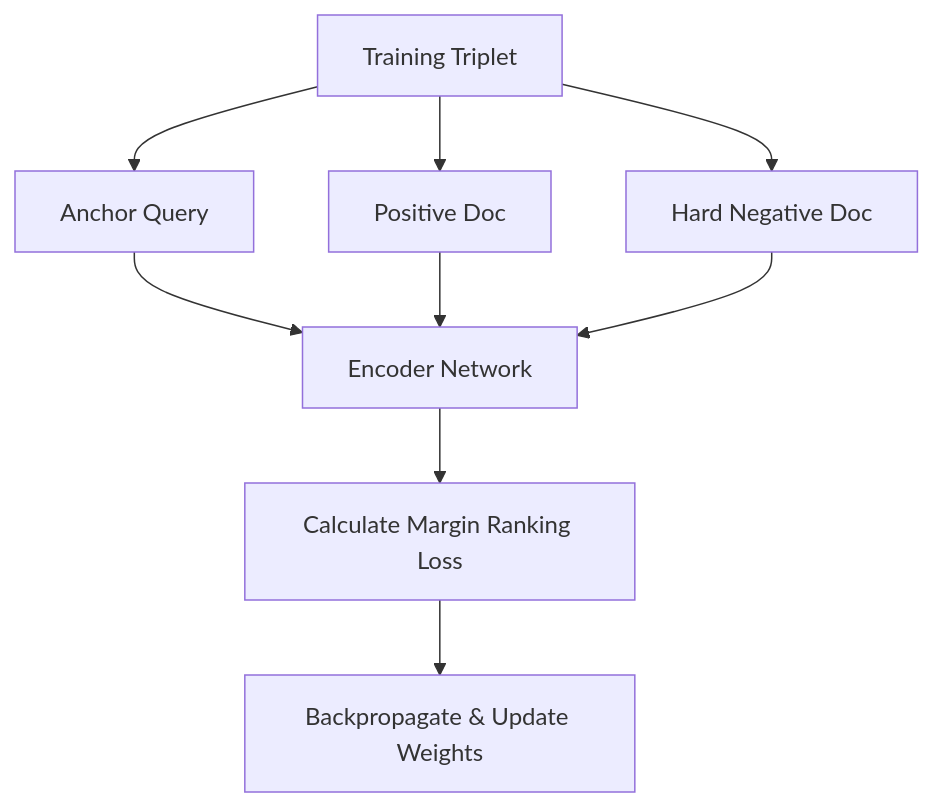
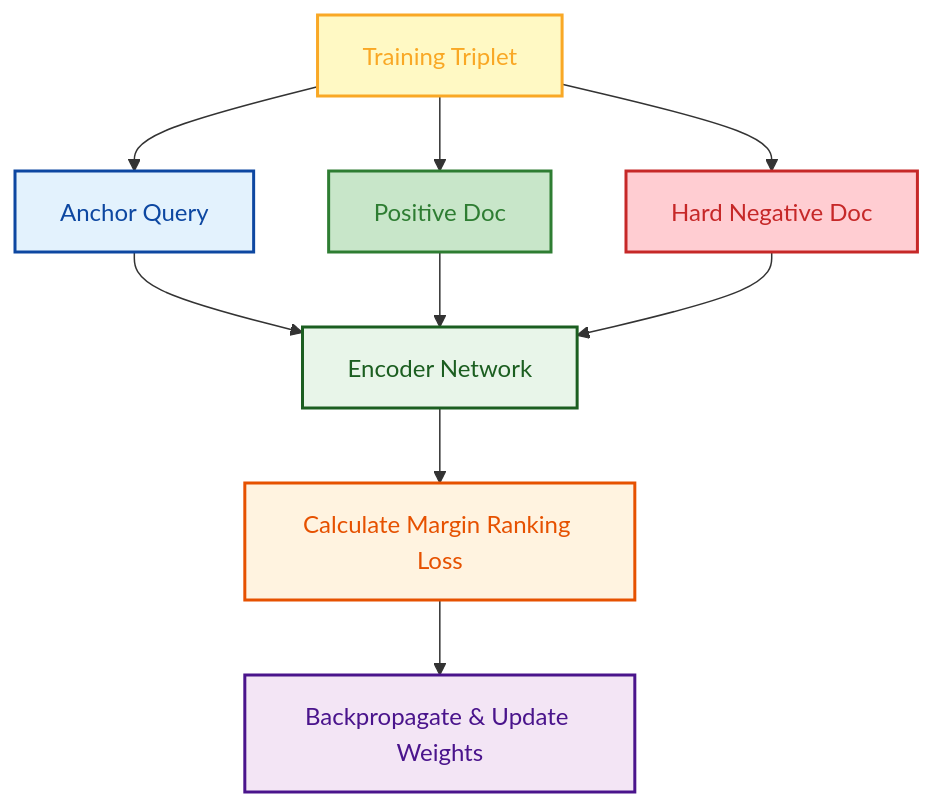
One commit to GyanendraChaubey/AI-Engineering-Notes changed the third of 3 diagrams in docs/04-embeddings/README.md. Above: the diagram before and after it, drawn with Mermaid. The commit also changed other lines of this file and 15 other files, not shown here.

Commit message:
style: apply light color palette to remaining Mermaid diagrams (docs 15 & 16)

````diff
--- a/docs/04-embeddings/README.md
+++ b/docs/04-embeddings/README.md
@@ -175,11 +198,18 @@
 ```mermaid
 flowchart TD
     A[Training Triplet] --> B[Anchor Query]
     A --> C[Positive Doc]
     A --> D[Hard Negative Doc]
     B --> E[Encoder Network]
     C --> E
     D --> E
     E --> F[Calculate Margin Ranking Loss]
     F --> G["Backpropagate & Update Weights"]
+    style A fill:#fff9c4,stroke:#f9a825,stroke-width:2px,color:#f9a825
+    style B fill:#e3f2fd,stroke:#0d47a1,stroke-width:2px,color:#0d47a1
+    style C fill:#c8e6c9,stroke:#2e7d32,stroke-width:2px,color:#2e7d32
+    style D fill:#ffcdd2,stroke:#c62828,stroke-width:2px,color:#c62828
+    style E fill:#e8f5e9,stroke:#1b5e20,stroke-width:2px,color:#1b5e20
+    style F fill:#fff3e0,stroke:#e65100,stroke-width:2px,color:#e65100
+    style G fill:#f3e5f5,stroke:#4a148c,stroke-width:2px,color:#4a148c
 ```
````
